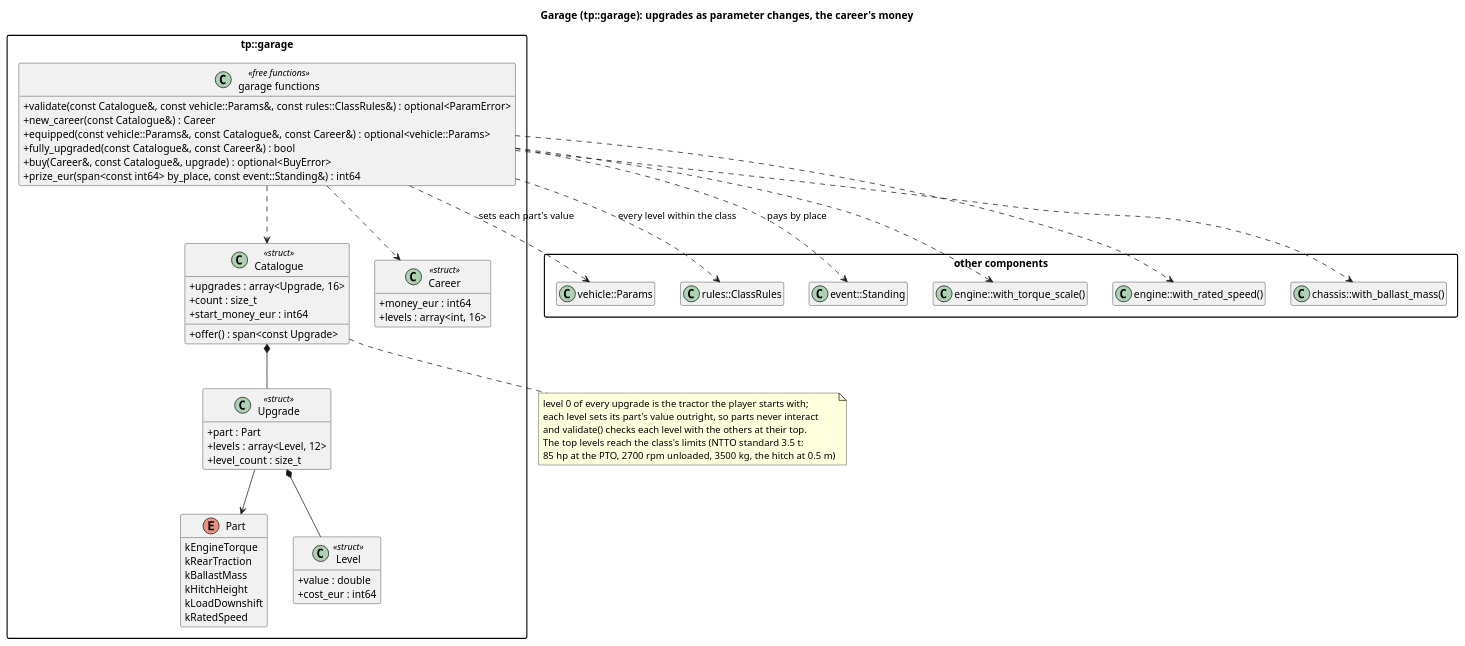
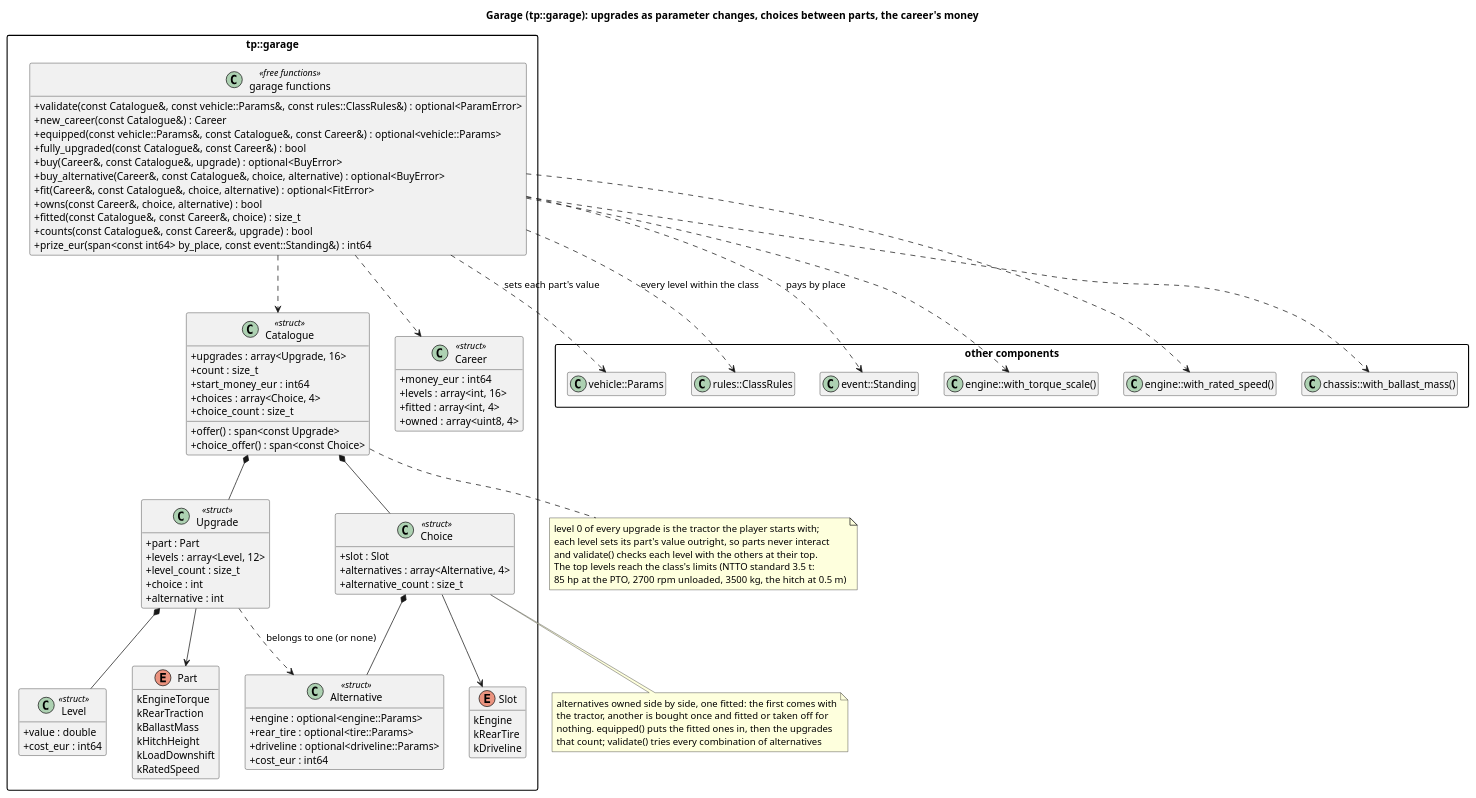
One commit to wversteeg/TractorPulling changed the diagram in docs/diagrams/garage_classes.puml. Above: the diagram before and after it, drawn with PlantUML. The commit also changed 25 other files, not shown here.

```diff
--- a/docs/diagrams/garage_classes.puml
+++ b/docs/diagrams/garage_classes.puml
@@ -1,71 +1,109 @@
 @startuml garage_classes
-title Garage (tp::garage): upgrades as parameter changes, the career's money
+title Garage (tp::garage): upgrades as parameter changes, choices between parts, the career's money
 hide empty members
 skinparam packageStyle rectangle
 skinparam classAttributeIconSize 0
 
 package "other components" {
   class "vehicle::Params" as Tractor
   class "rules::ClassRules" as ClassRules
   class "event::Standing" as EventStanding
   class "engine::with_torque_scale()" as TorqueScale
   class "engine::with_rated_speed()" as RatedSpeed
   class "chassis::with_ballast_mass()" as BallastMass
 }
 
 package "tp::garage" {
   enum Part {
     kEngineTorque
     kRearTraction
     kBallastMass
     kHitchHeight
     kLoadDownshift
     kRatedSpeed
   }
   class Level <<struct>> {
     +value : double
     +cost_eur : int64
   }
   class Upgrade <<struct>> {
     +part : Part
     +levels : array<Level, 12>
     +level_count : size_t
+    +choice : int
+    +alternative : int
+  }
+  enum Slot {
+    kEngine
+    kRearTire
+    kDriveline
+  }
+  class Alternative <<struct>> {
+    +engine : optional<engine::Params>
+    +rear_tire : optional<tire::Params>
+    +driveline : optional<driveline::Params>
+    +cost_eur : int64
+  }
+  class Choice <<struct>> {
+    +slot : Slot
+    +alternatives : array<Alternative, 4>
+    +alternative_count : size_t
   }
   class Catalogue <<struct>> {
     +upgrades : array<Upgrade, 16>
     +count : size_t
     +start_money_eur : int64
+    +choices : array<Choice, 4>
+    +choice_count : size_t
     +offer() : span<const Upgrade>
+    +choice_offer() : span<const Choice>
   }
   class Career <<struct>> {
     +money_eur : int64
     +levels : array<int, 16>
+    +fitted : array<int, 4>
+    +owned : array<uint8, 4>
   }
   class "garage functions" as GarageFns <<free functions>> {
     +validate(const Catalogue&, const vehicle::Params&, const rules::ClassRules&) : optional<ParamError>
     +new_career(const Catalogue&) : Career
     +equipped(const vehicle::Params&, const Catalogue&, const Career&) : optional<vehicle::Params>
     +fully_upgraded(const Catalogue&, const Career&) : bool
     +buy(Career&, const Catalogue&, upgrade) : optional<BuyError>
+    +buy_alternative(Career&, const Catalogue&, choice, alternative) : optional<BuyError>
+    +fit(Career&, const Catalogue&, choice, alternative) : optional<FitError>
+    +owns(const Career&, choice, alternative) : bool
+    +fitted(const Catalogue&, const Career&, choice) : size_t
+    +counts(const Catalogue&, const Career&, upgrade) : bool
     +prize_eur(span<const int64> by_place, const event::Standing&) : int64
   }
   Catalogue *-- Upgrade
+  Catalogue *-- Choice
+  Choice *-- Alternative
+  Choice --> Slot
   Upgrade *-- Level
   Upgrade --> Part
+  Upgrade ..> Alternative : belongs to one (or none)
   GarageFns ..> Catalogue
   GarageFns ..> Career
 }
 GarageFns ..> Tractor : sets each part's value
 GarageFns ..> ClassRules : every level within the class
 GarageFns ..> EventStanding : pays by place
 GarageFns ..> TorqueScale
 GarageFns ..> RatedSpeed
 GarageFns ..> BallastMass
 note bottom of Catalogue
   level 0 of every upgrade is the tractor the player starts with;
   each level sets its part's value outright, so parts never interact
   and validate() checks each level with the others at their top.
   The top levels reach the class's limits (NTTO standard 3.5 t:
   85 hp at the PTO, 2700 rpm unloaded, 3500 kg, the hitch at 0.5 m)
 end note
+note bottom of Choice
+  alternatives owned side by side, one fitted: the first comes with
+  the tractor, another is bought once and fitted or taken off for
+  nothing. equipped() puts the fitted ones in, then the upgrades
+  that count; validate() tries every combination of alternatives
+end note
 @enduml
```
